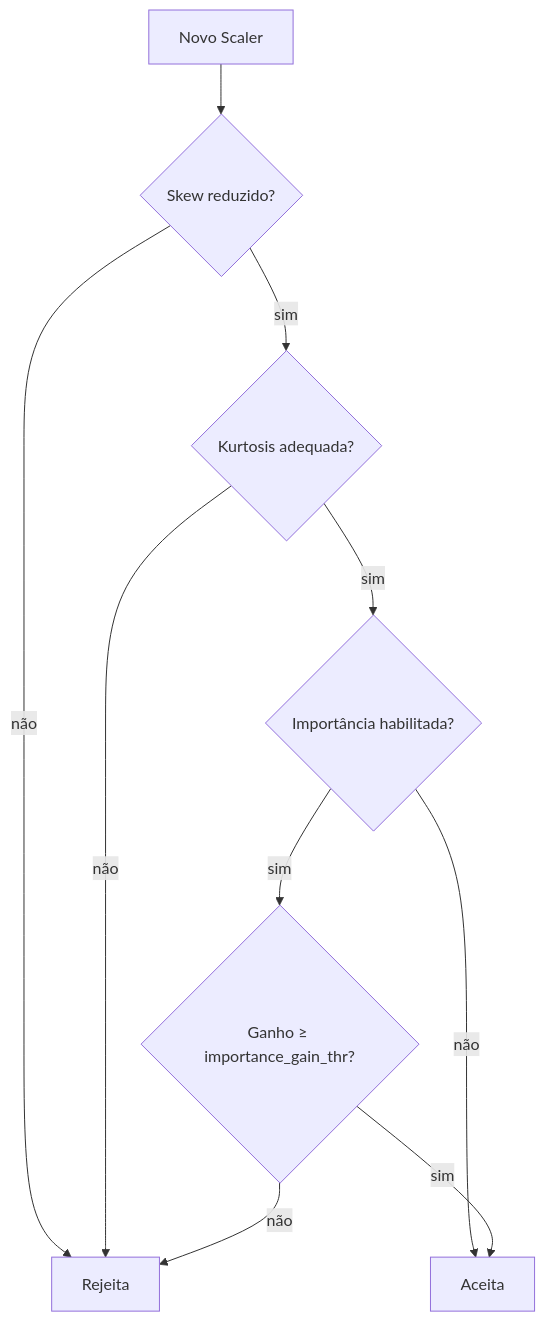
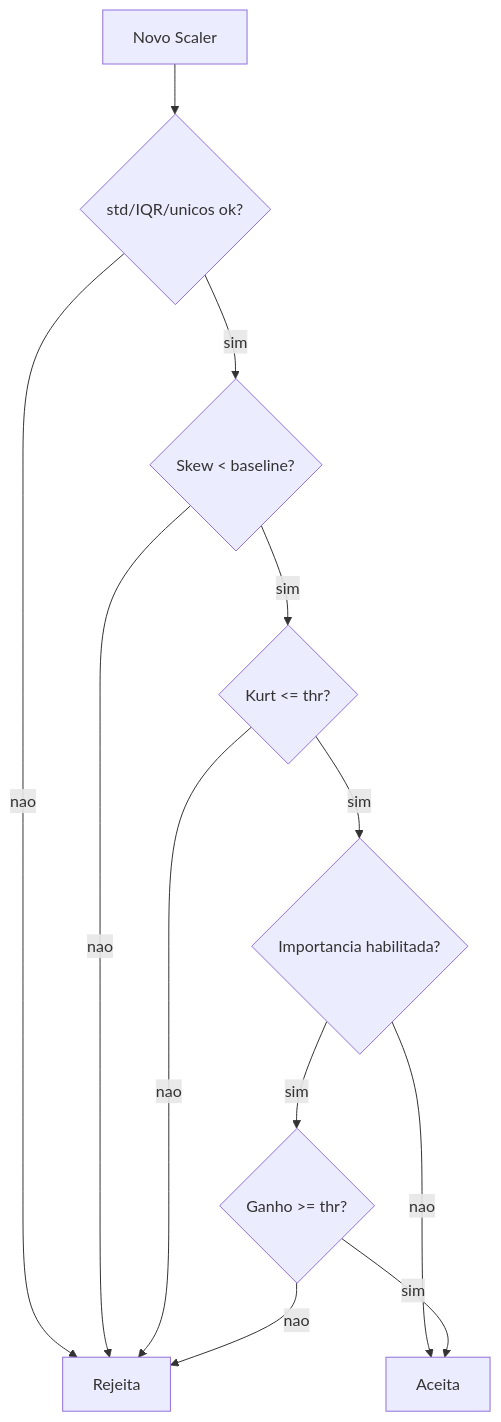
One commit to joaaomaia/DynamicScaler changed the second of 2 diagrams in README.md. Above: the diagram before and after it, drawn with Mermaid. The commit also changed other lines of this file, not shown here.

````diff
--- a/README.md
+++ b/README.md
@@ -103,12 +112,14 @@
 ```mermaid
 flowchart TD
-    A[Novo Scaler] --> B{Skew reduzido?}
-    B -- não --> Rejeita
-    B -- sim --> C{Kurtosis adequada?}
-    C -- não --> Rejeita
-    C -- sim --> D{Importância habilitada?}
-    D -- não --> Aceita
-    D -- sim --> E{Ganho ≥ importance_gain_thr?}
-    E -- sim --> Aceita
-    E -- não --> Rejeita
+    A[Novo Scaler] --> B{std/IQR/unicos ok?}
+    B -- nao --> Rejeita
+    B -- sim --> C{Skew < baseline?}
+    C -- nao --> Rejeita
+    C -- sim --> D{Kurt <= thr?}
+    D -- nao --> Rejeita
+    D -- sim --> E{Importancia habilitada?}
+    E -- nao --> Aceita
+    E -- sim --> F{Ganho >= thr?}
+    F -- sim --> Aceita
+    F -- nao --> Rejeita
 ```
````
